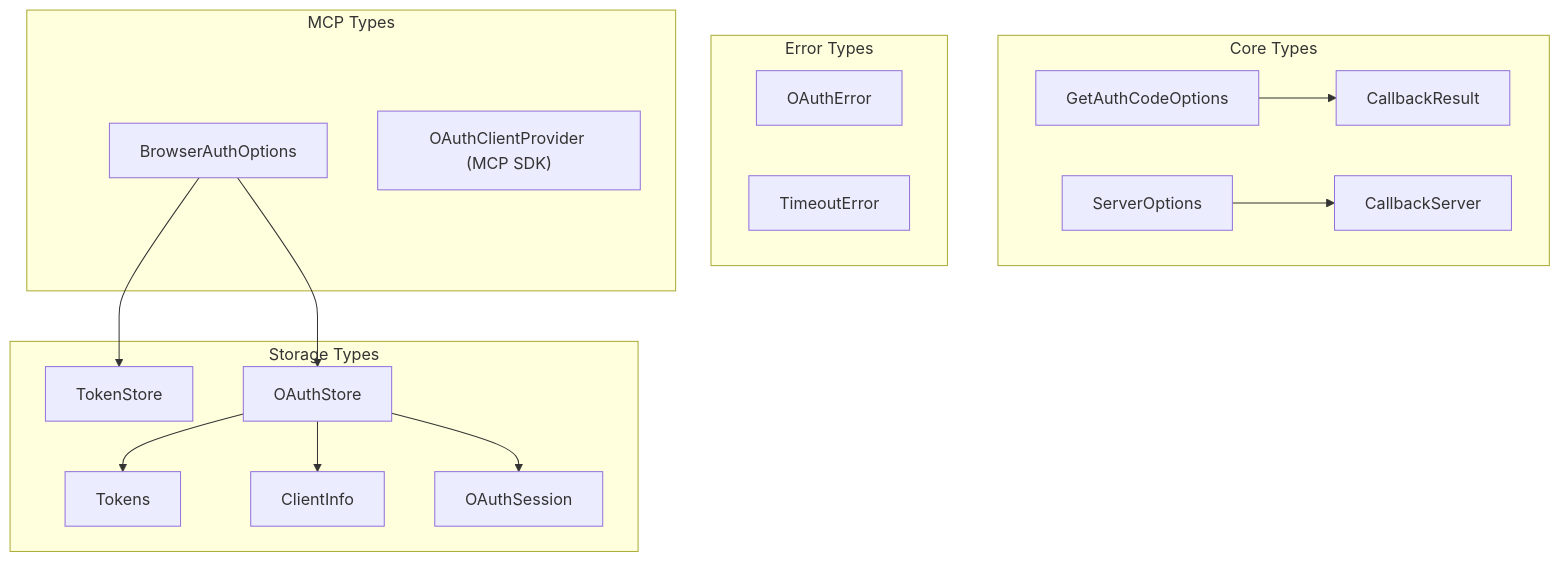
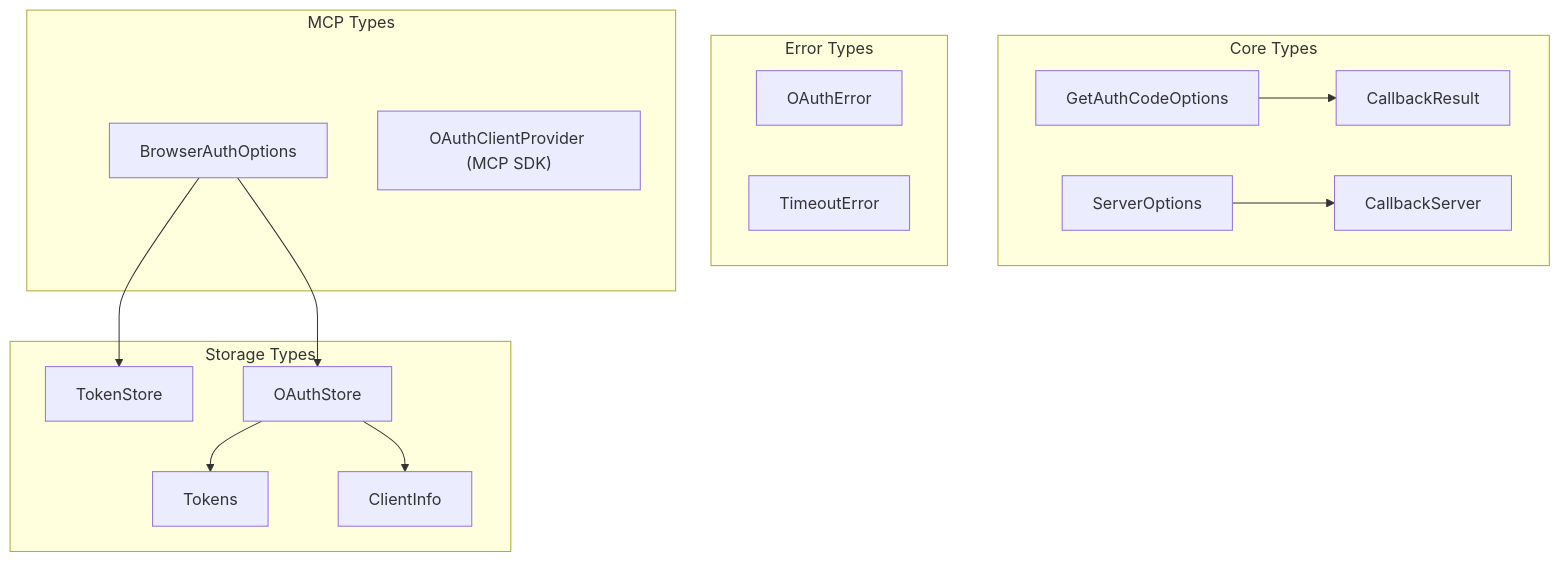
Before and after one commit to kriasoft/oauth-callback: the diagram in docs/api/types.md, drawn with Mermaid. The commit also changed other lines of this file and 25 other files, not shown here.

````diff
--- a/docs/api/types.md
+++ b/docs/api/types.md
@@ -12,35 +12,33 @@
 ```mermaid
 flowchart TB
     subgraph "Core Types"
         GetAuthCodeOptions
         CallbackResult
         ServerOptions
         CallbackServer
     end
 
     subgraph "Error Types"
         OAuthError
         TimeoutError
     end
 
     subgraph "Storage Types"
         TokenStore
         OAuthStore
         Tokens
         ClientInfo
-        OAuthSession
     end
 
     subgraph "MCP Types"
         BrowserAuthOptions
         OAuthClientProvider["OAuthClientProvider (MCP SDK)"]
     end
 
     GetAuthCodeOptions --> CallbackResult
     ServerOptions --> CallbackServer
     BrowserAuthOptions --> TokenStore
     BrowserAuthOptions --> OAuthStore
     OAuthStore --> Tokens
     OAuthStore --> ClientInfo
-    OAuthStore --> OAuthSession
 ```
````
